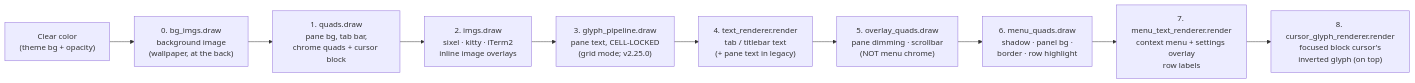
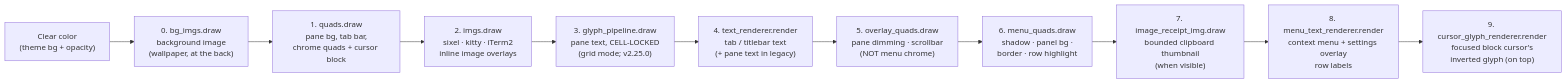
The fifth of 11 diagrams in docs/ARCHITECTURE.md (Reddimus/kettle), drawn with Mermaid before and after one commit. The commit also changed other lines of this file and 21 other files, not shown here.

````diff
--- a/docs/ARCHITECTURE.md
+++ b/docs/ARCHITECTURE.md
@@ -1030,12 +1045,13 @@
 ```mermaid
 flowchart LR
     clear["Clear color<br/>(theme bg + opacity)"] --> bgimg["0. bg_imgs.draw<br/>background image<br/>(wallpaper, at the back)"]
     bgimg --> quads["1. quads.draw<br/>pane bg, tab bar,<br/>chrome quads + cursor block"]
     quads --> imgs["2. imgs.draw<br/>sixel · kitty · iTerm2<br/>inline image overlays"]
     imgs --> glyph["3. glyph_pipeline.draw<br/>pane text, CELL-LOCKED<br/>(grid mode; v2.25.0)"]
     glyph --> text["4. text_renderer.render<br/>tab / titlebar text<br/>(+ pane text in legacy)"]
     text --> overlay["5. overlay_quads.draw<br/>pane dimming · scrollbar<br/>(NOT menu chrome)"]
     overlay --> menuq["6. menu_quads.draw<br/>shadow · panel bg ·<br/>border · row highlight"]
-    menuq --> menut["7. menu_text_renderer.render<br/>context menu + settings overlay<br/>row labels"]
-    menut --> curg["8. cursor_glyph_renderer.render<br/>focused block cursor's<br/>inverted glyph (on top)"]
+    menuq --> receipt["7. image_receipt_img.draw<br/>bounded clipboard thumbnail<br/>(when visible)"]
+    receipt --> menut["8. menu_text_renderer.render<br/>context menu + settings overlay<br/>row labels"]
+    menut --> curg["9. cursor_glyph_renderer.render<br/>focused block cursor's<br/>inverted glyph (on top)"]
 ```
````
